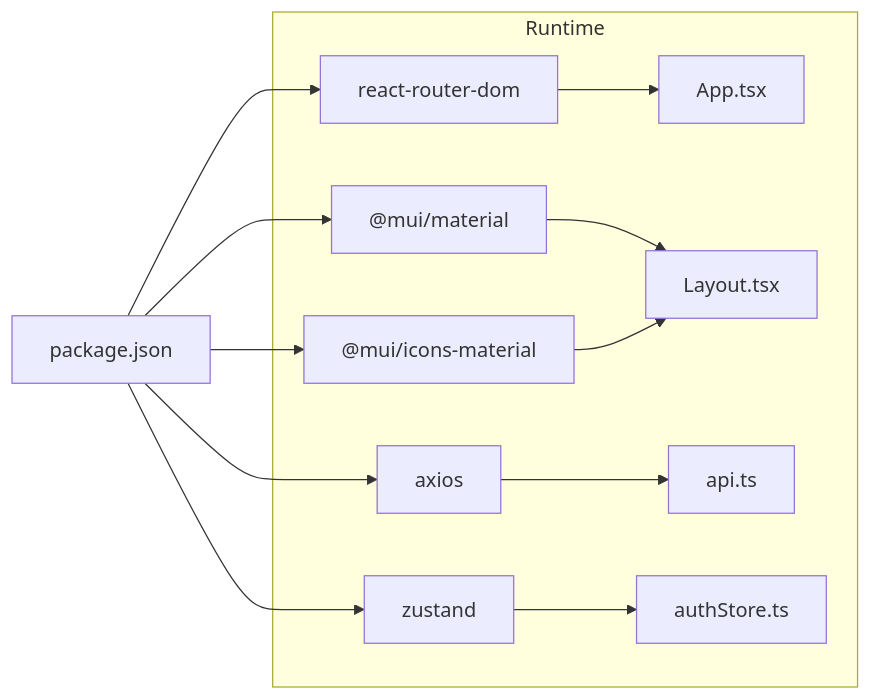
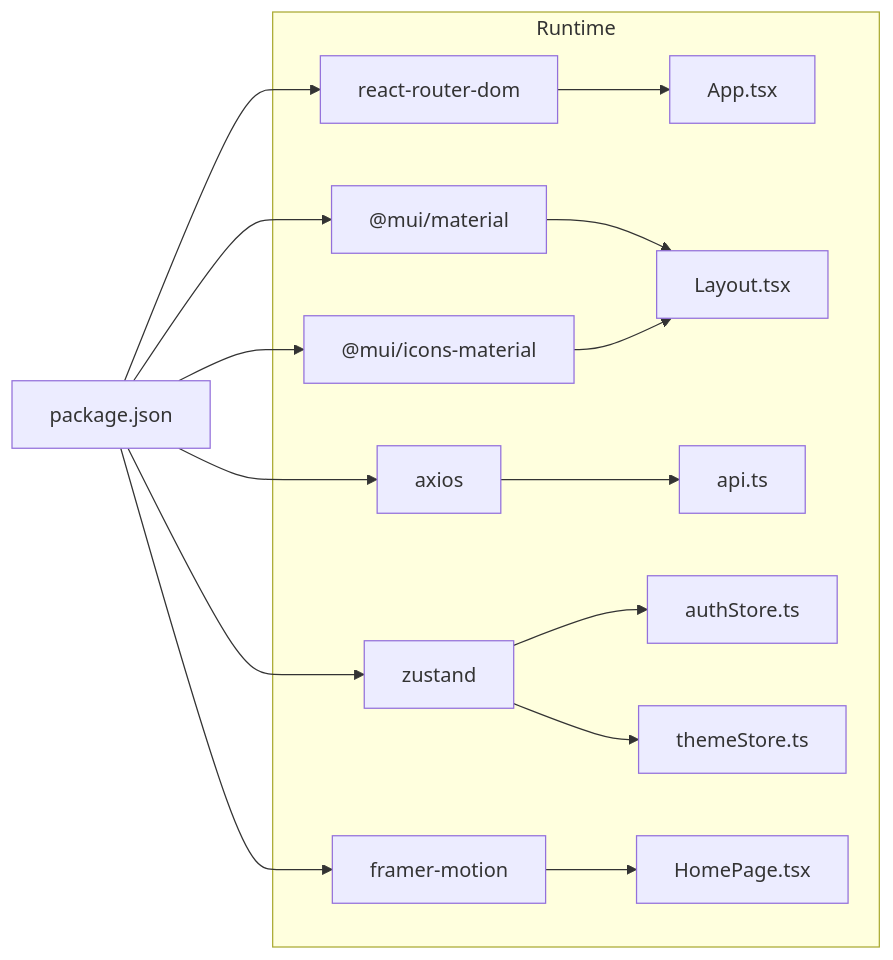
One commit to Vostrikov2014/vks-qoder changed the eighth of 8 diagrams in .qoder/repowiki/en/content/Frontend Application/Application Structure.md. Above: the diagram before and after it, drawn with Mermaid. The commit also changed other lines of this file and 18 other files, not shown here.

````diff
--- a/.qoder/repowiki/en/content/Frontend Application/Application Structure.md
+++ b/.qoder/repowiki/en/content/Frontend Application/Application Structure.md
@@ -334,15 +408,18 @@
 ```mermaid
 graph LR
 P["package.json"] --> RR["react-router-dom"]
 P --> MU["@mui/material"]
 P --> MI["@mui/icons-material"]
 P --> AX["axios"]
 P --> ZU["zustand"]
+P --> FM["framer-motion"]
 subgraph "Runtime"
 RR --> APP["App.tsx"]
 MU --> LYT["Layout.tsx"]
 MI --> LYT
 AX --> API["api.ts"]
 ZU --> ST["authStore.ts"]
+ZU --> TS["themeStore.ts"]
+FM --> HP["HomePage.tsx"]
 end
 ```
````
